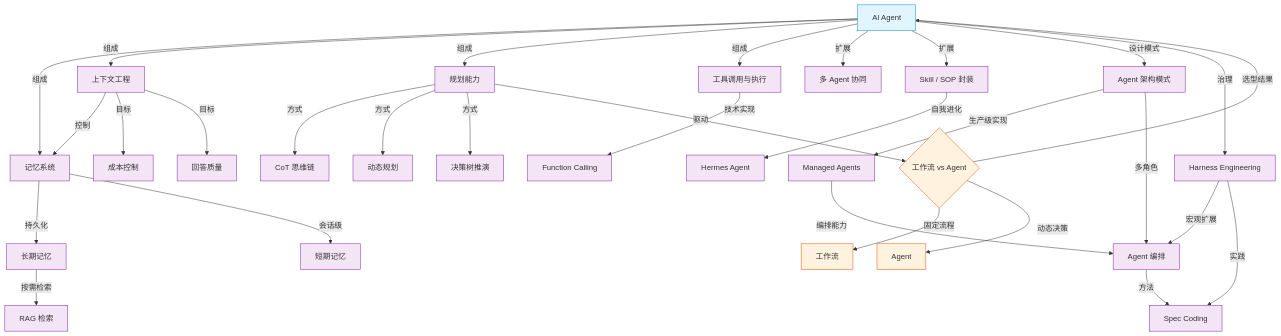
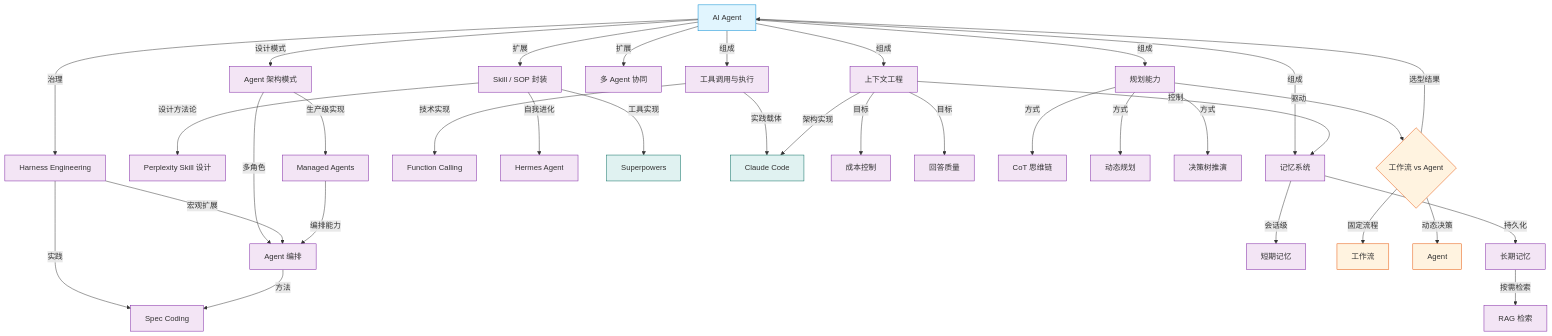
Before and after one commit to sangaizhi/obsidian-wiki: the first of 2 diagrams in wiki/overview/知识图谱.md, drawn with Mermaid. The commit also changed other lines of this file and 416 other files, not shown here.

````diff
--- a/wiki/overview/知识图谱.md
+++ b/wiki/overview/知识图谱.md
@@ -16,58 +16,68 @@
 ```mermaid
 graph TB
     classDef core fill:#e1f5fe,stroke:#0288d1
     classDef concept fill:#f3e5f5,stroke:#7b1fa2
     classDef decision fill:#fff3e0,stroke:#e65100
     classDef source fill:#e8f5e9,stroke:#2e7d32
     classDef gap fill:#ffebee,stroke:#c62828,stroke-dasharray: 5 5
 
     Agent["AI Agent"]:::core
     Memory["记忆系统"]:::concept
     Context["上下文工程"]:::concept
     Planning["规划能力"]:::concept
     Tools["工具调用与执行"]:::concept
     MultiAgent["多 Agent 协同"]:::concept
     Skill["Skill / SOP 封装"]:::concept
+    SkillDesign["Perplexity Skill 设计"]:::concept
     Arch["Agent 架构模式"]:::concept
     Managed["Managed Agents"]:::concept
     Harness["Harness Engineering"]:::concept
     FC["Function Calling"]:::concept
     Orch["Agent 编排"]:::concept
     SpecCoding["Spec Coding"]:::concept
     Hermes["Hermes Agent"]:::concept
+
+    classDef entity fill:#e0f2f1,stroke:#00695c
+
+    Superpowers["Superpowers"]:::entity
+    ClaudeCode["Claude Code"]:::entity
 
     Agent -->|组成| Memory
     Agent -->|组成| Context
     Agent -->|组成| Planning
     Agent -->|组成| Tools
     Agent -->|扩展| MultiAgent
     Agent -->|扩展| Skill
     Agent -->|设计模式| Arch
     Agent -->|治理| Harness
     Arch -->|生产级实现| Managed
     Arch -->|多角色| Orch
     Tools -->|技术实现| FC
+    Tools -->|实践载体| ClaudeCode
+    Context -->|架构实现| ClaudeCode
     Harness -->|宏观扩展| Orch
     Managed -->|编排能力| Orch
     Harness -->|实践| SpecCoding
     Skill -->|自我进化| Hermes
     Orch -->|方法| SpecCoding
+    Skill -->|设计方法论| SkillDesign
+    Skill -->|工具实现| Superpowers
 
     Memory -->|持久化| LongTerm["长期记忆"]:::concept
     Memory -->|会话级| ShortTerm["短期记忆"]:::concept
     LongTerm -->|按需检索| RAG["RAG 检索"]:::concept
 
     Context -->|控制| Memory
     Context -->|目标| CostControl["成本控制"]:::concept
     Context -->|目标| Quality["回答质量"]:::concept
 
     Planning -->|方式| CoT["CoT 思维链"]:::concept
     Planning -->|方式| DynamicPlan["动态规划"]:::concept
     Planning -->|方式| DecisionTree["决策树推演"]:::concept
 
     Decision{"工作流 vs Agent"}:::decision
     Decision -->|固定流程| Workflow["工作流"]:::decision
     Decision -->|动态决策| AgentDecision["Agent"]:::decision
     Planning -->|驱动| Decision
     Decision -->|选型结果| Agent
 ```
````
